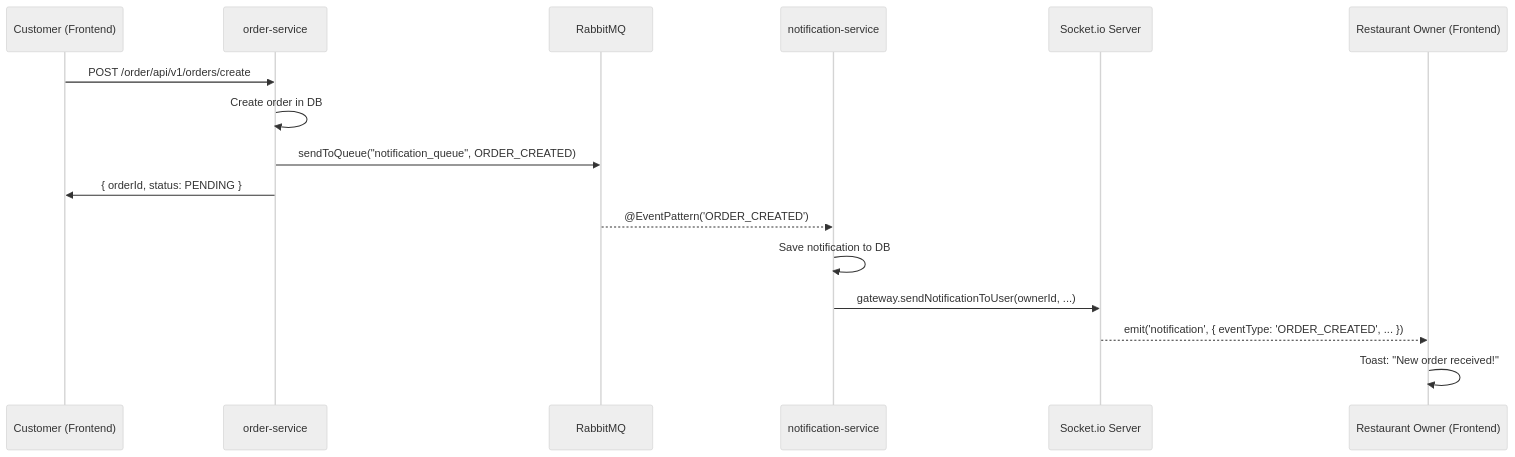
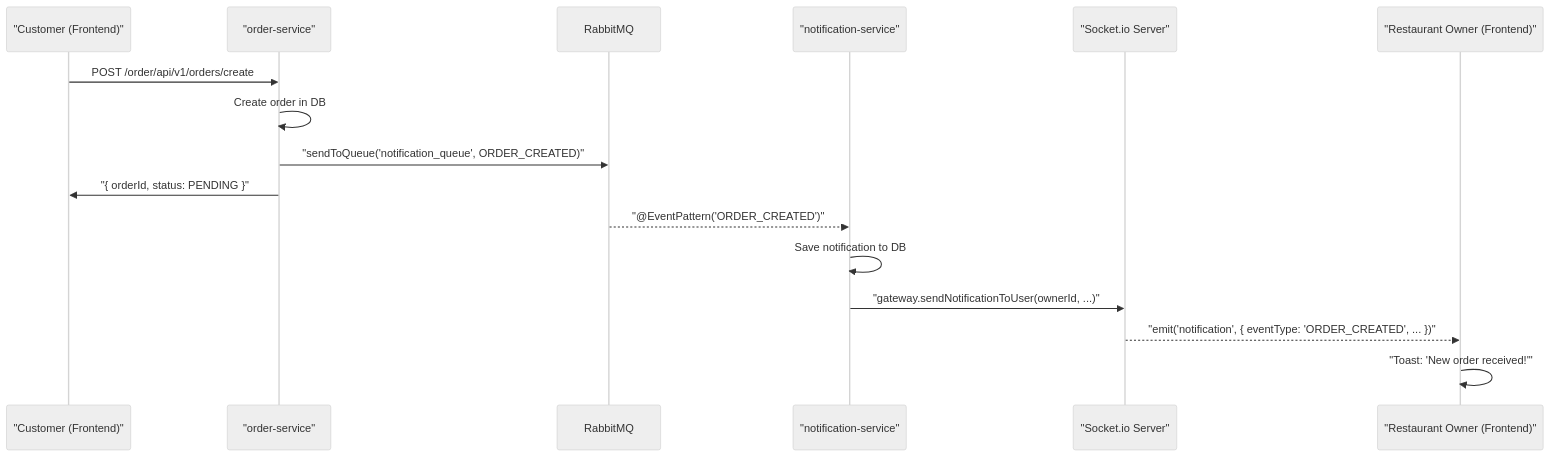
The eighth of 21 diagrams in profile/README.md (Food-Delivery-Aggregator/.github), drawn with Mermaid (neutral theme) before and after one commit. The commit also changed other lines of this file, not shown here.

Commit message:
Refactor mermaid diagrams for clarity and consistency

````diff
--- a/profile/README.md
+++ b/profile/README.md
@@ -592,20 +589,20 @@
 ```mermaid
 sequenceDiagram
-    participant Customer as Customer (Frontend)
-    participant OrderService as order-service
+    participant Customer as "Customer (Frontend)"
+    participant OrderService as "order-service"
     participant RabbitMQ
-    participant NotifService as notification-service
-    participant WebSocket as Socket.io Server
-    participant RestaurantOwner as Restaurant Owner (Frontend)
+    participant NotifService as "notification-service"
+    participant WebSocket as "Socket.io Server"
+    participant RestaurantOwner as "Restaurant Owner (Frontend)"
 
     Customer->>OrderService: POST /order/api/v1/orders/create
     OrderService->>OrderService: Create order in DB
-    OrderService->>RabbitMQ: sendToQueue("notification_queue", ORDER_CREATED)
-    OrderService->>Customer: { orderId, status: PENDING }
+    OrderService->>RabbitMQ: "sendToQueue('notification_queue', ORDER_CREATED)"
+    OrderService->>Customer: "{ orderId, status: PENDING }"
 
-    RabbitMQ-->>NotifService: @EventPattern('ORDER_CREATED')
+    RabbitMQ-->>NotifService: "@EventPattern('ORDER_CREATED')"
     NotifService->>NotifService: Save notification to DB
-    NotifService->>WebSocket: gateway.sendNotificationToUser(ownerId, ...)
-    WebSocket-->>RestaurantOwner: emit('notification', { eventType: 'ORDER_CREATED', ... })
-    RestaurantOwner->>RestaurantOwner: Toast: "New order received!"
+    NotifService->>WebSocket: "gateway.sendNotificationToUser(ownerId, ...)"
+    WebSocket-->>RestaurantOwner: "emit('notification', { eventType: 'ORDER_CREATED', ... })"
+    RestaurantOwner->>RestaurantOwner: "Toast: 'New order received!'"
 ```
````
